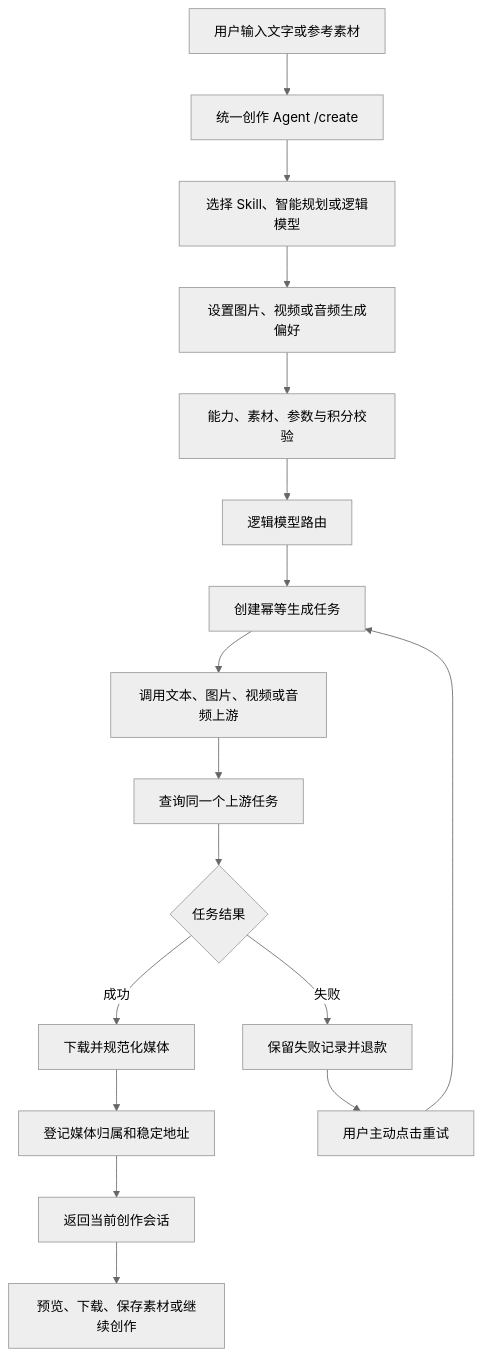
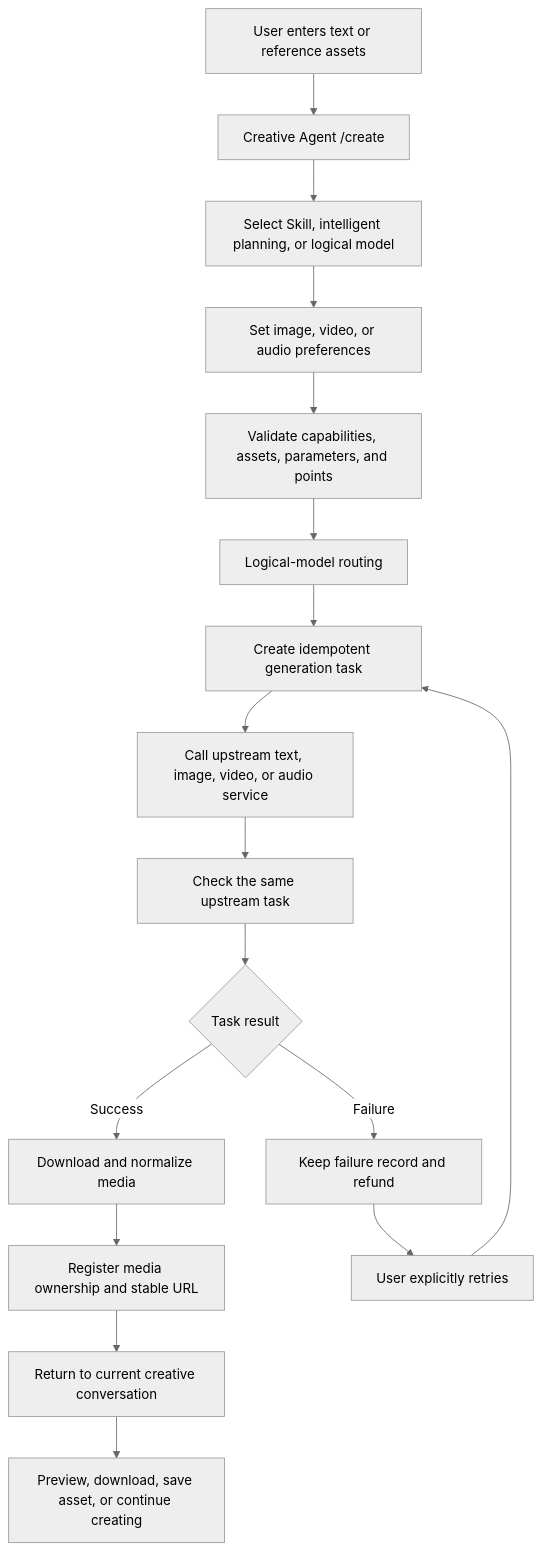
Before and after one commit to fandy20082008/GoldCube: the third of 9 diagrams in README.md, drawn with Mermaid (neutral theme). The commit also changed other lines of this file, not shown here.

````diff
--- a/README.md
+++ b/README.md
@@ -132,22 +131,22 @@
 ```mermaid
 flowchart TB
-    START["用户输入文字或参考素材"] --> AGENT["统一创作 Agent /create"]
-    AGENT --> CONTROL["选择 Skill、智能规划或逻辑模型"]
-    CONTROL --> PARAM["设置图片、视频或音频生成偏好"]
-    PARAM --> CHECK["能力、素材、参数与积分校验"]
+    START["User enters text or reference assets"] --> AGENT["Creative Agent /create"]
+    AGENT --> CONTROL["Select Skill, intelligent planning, or logical model"]
+    CONTROL --> PARAM["Set image, video, or audio preferences"]
+    PARAM --> CHECK["Validate capabilities, assets, parameters, and points"]
 
-    CHECK --> ROUTER["逻辑模型路由"]
-    ROUTER --> CREATE_TASK["创建幂等生成任务"]
-    CREATE_TASK --> PROVIDER["调用文本、图片、视频或音频上游"]
-    PROVIDER --> POLL["查询同一个上游任务"]
-    POLL --> RESULT{"任务结果"}
+    CHECK --> ROUTER["Logical-model routing"]
+    ROUTER --> CREATE_TASK["Create idempotent generation task"]
+    CREATE_TASK --> PROVIDER["Call upstream text, image, video, or audio service"]
+    PROVIDER --> POLL["Check the same upstream task"]
+    POLL --> RESULT{"Task result"}
 
-    RESULT -->|成功| NORMALIZE["下载并规范化媒体"]
-    RESULT -->|失败| FAILED["保留失败记录并退款"]
-    FAILED --> RETRY["用户主动点击重试"]
+    RESULT -->|Success| NORMALIZE["Download and normalize media"]
+    RESULT -->|Failure| FAILED["Keep failure record and refund"]
+    FAILED --> RETRY["User explicitly retries"]
     RETRY --> CREATE_TASK
 
-    NORMALIZE --> SAVE["登记媒体归属和稳定地址"]
-    SAVE --> MESSAGE["返回当前创作会话"]
-    MESSAGE --> OPERATE["预览、下载、保存素材或继续创作"]
+    NORMALIZE --> SAVE["Register media ownership and stable URL"]
+    SAVE --> MESSAGE["Return to current creative conversation"]
+    MESSAGE --> OPERATE["Preview, download, save asset, or continue creating"]
 ```
````
